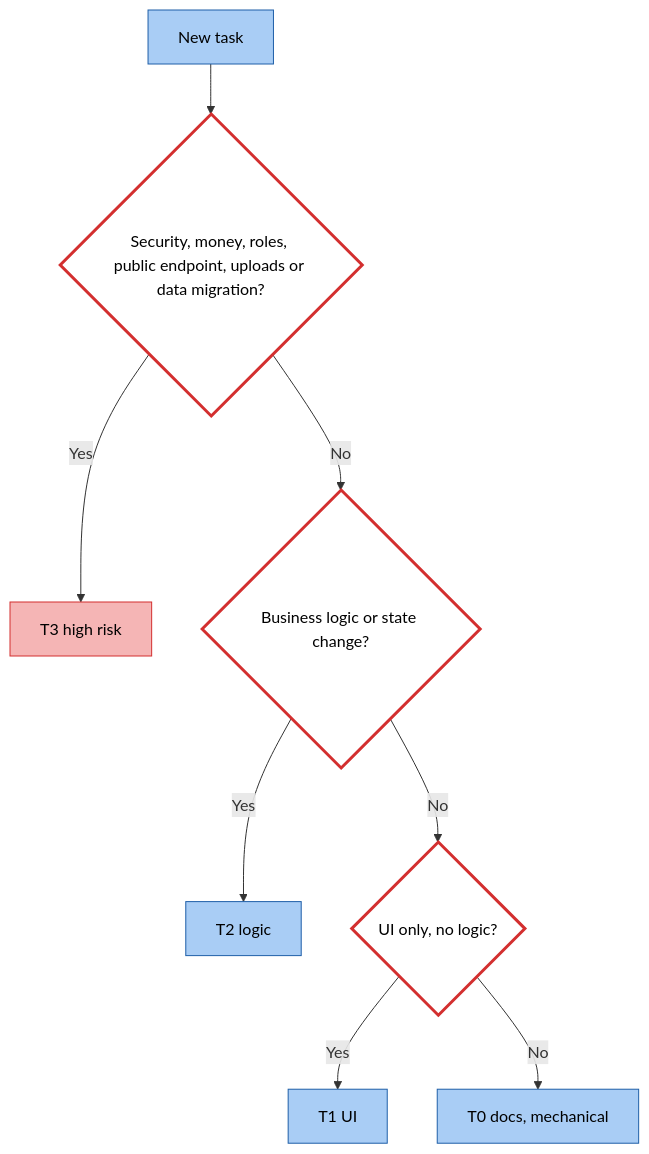
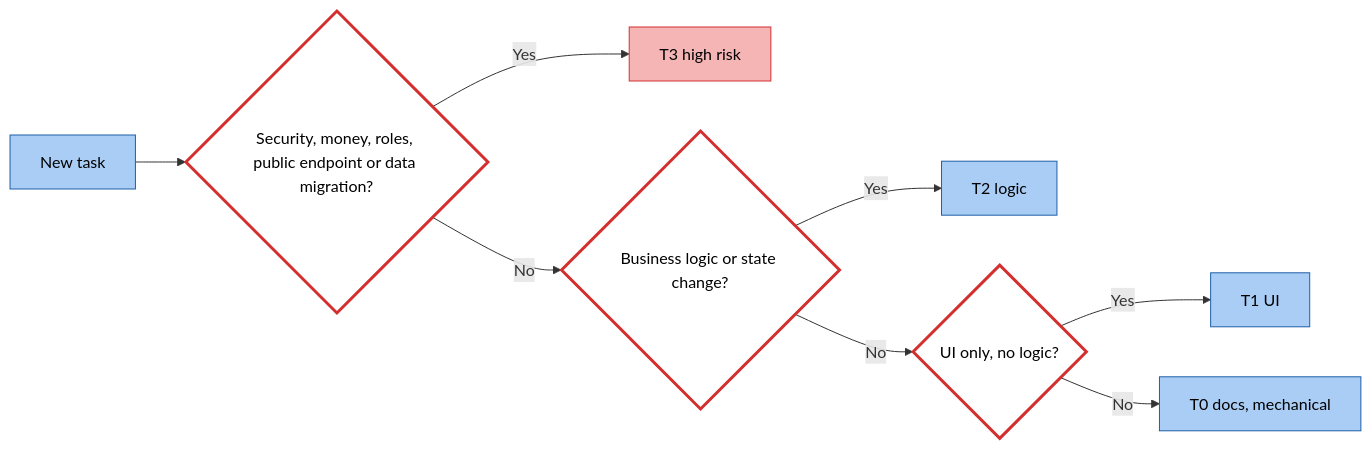
One commit to oneup4real/engineering-standards changed the second of 14 diagrams in README.md. Above: the diagram before and after it, drawn with Mermaid. The commit also changed other lines of this file, not shown here.

Commit message:
docs(readme): legible big-picture delivery flow

````diff
--- a/README.md
+++ b/README.md
@@ -114,13 +100,13 @@
 ```mermaid
-flowchart TD
+flowchart LR
     classDef agent fill:#a9cdf5,stroke:#1f5fa8,color:#000
     classDef gate fill:#fff,stroke:#d32f2f,stroke-width:3px,color:#000
     classDef t3 fill:#f5b5b5,stroke:#d32f2f,color:#000
-    S["New task"]:::agent --> Q1{"Security, money, roles, public endpoint, uploads or data migration?"}:::gate
+    S["New task"]:::agent --> Q1{"Security, money, roles, public endpoint or data migration?"}:::gate
     Q1 -->|Yes| T3["T3 high risk"]:::t3
     Q1 -->|No| Q2{"Business logic or state change?"}:::gate
     Q2 -->|Yes| T2["T2 logic"]:::agent
     Q2 -->|No| Q3{"UI only, no logic?"}:::gate
     Q3 -->|Yes| T1["T1 UI"]:::agent
     Q3 -->|No| T0["T0 docs, mechanical"]:::agent
 ```
````
